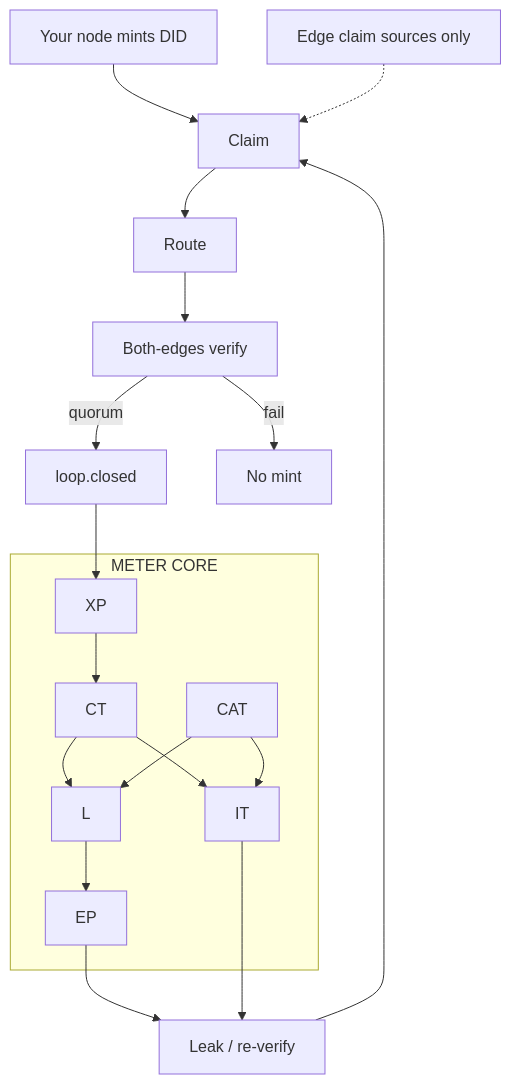
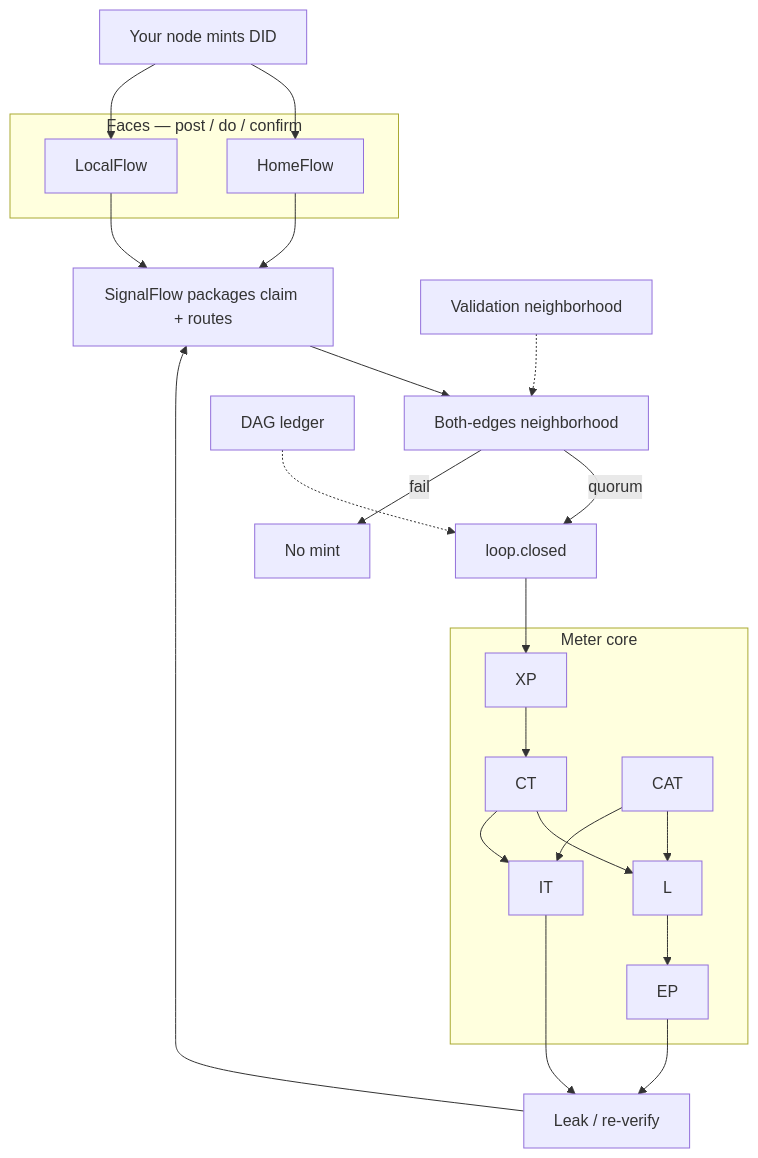
One commit to 00ranman/extropy-engine changed the diagram in DIAGRAM.md. Above: the diagram before and after it, drawn with Mermaid. The commit also changed other lines of this file and 1 other file, not shown here.

Commit message:
docs: restore architecture — SignalFlow spine, HomeFlow+LocalFlow faces, omit GrantFlow

````diff
--- a/DIAGRAM.md
+++ b/DIAGRAM.md
@@ -19,26 +31,35 @@
 ```mermaid
 flowchart TB
-  NODE[Your node mints DID] --> CLAIM[Claim]
-  subgraph CORE["METER CORE"]
+  NODE[Your node mints DID] --> HF
+  NODE --> LF
+  subgraph FACES[Faces — post / do / confirm]
+    HF[HomeFlow]
+    LF[LocalFlow]
+  end
+  HF --> SF
+  LF --> SF
+  SF[SignalFlow packages claim + routes]
+  SF --> VERIFY[Both-edges neighborhood]
+  VERIFY -->|quorum| CLOSE[loop.closed]
+  VERIFY -->|fail| NOMINT[No mint]
+  CLOSE --> XP
+  subgraph CORE[Meter core]
     XP[XP]
     CT[CT]
     L[L]
     EP[EP]
     CAT[CAT]
     IT[IT]
   end
-  CLAIM --> ROUTE[Route]
-  ROUTE --> VERIFY[Both-edges verify]
-  VERIFY -->|quorum| CLOSE[loop.closed]
-  VERIFY -->|fail| NOMINT[No mint]
-  CLOSE --> XP --> CT
+  XP --> CT
   CT --> L
   CAT --> L
   L --> EP
   CT --> IT
   CAT --> IT
   EP --> LEAK[Leak / re-verify]
   IT --> LEAK
-  LEAK --> CLAIM
-  EDGE["Edge claim sources only"] -.-> CLAIM
+  LEAK --> SF
+  DAG[DAG ledger] -.-> CLOSE
+  VN[Validation neighborhood] -.-> VERIFY
 ```
````
